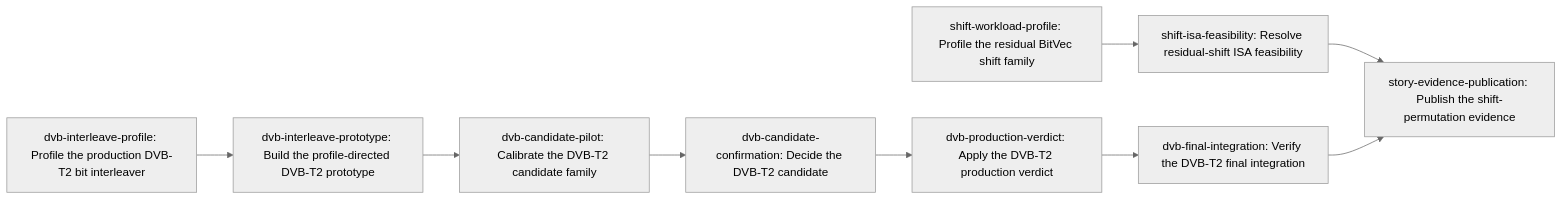
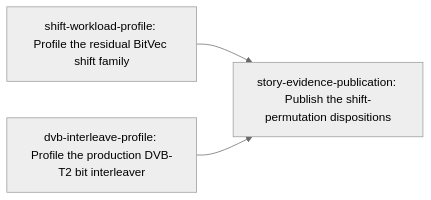
One commit to erankavija/gf2 changed the diagram in dev/active/c04dd4ac-zen3-shifts-and-permutations/plan.md. Above: the diagram before and after it, drawn with Mermaid (neutral theme). The commit also changed other lines of this file and 1 other file, not shown here.

Commit message:
docs(jit:c04dd4ac): resolve breakdown review

````diff
--- a/dev/active/c04dd4ac-zen3-shifts-and-permutations/plan.md
+++ b/dev/active/c04dd4ac-zen3-shifts-and-permutations/plan.md
@@ -110,20 +95,8 @@
 ```mermaid
 flowchart LR
     N0["shift-workload-profile: Profile the residual BitVec shift family"]
-    N1["shift-isa-feasibility: Resolve residual-shift ISA feasibility"]
-    N2["dvb-interleave-profile: Profile the production DVB-T2 bit interleaver"]
-    N3["dvb-interleave-prototype: Build the profile-directed DVB-T2 prototype"]
-    N4["dvb-candidate-pilot: Calibrate the DVB-T2 candidate family"]
-    N5["dvb-candidate-confirmation: Decide the DVB-T2 candidate"]
-    N6["dvb-production-verdict: Apply the DVB-T2 production verdict"]
-    N7["dvb-final-integration: Verify the DVB-T2 final integration"]
-    N8["story-evidence-publication: Publish the shift-permutation evidence"]
-    N0 --> N1
-    N2 --> N3
-    N3 --> N4
-    N4 --> N5
-    N5 --> N6
-    N6 --> N7
-    N1 --> N8
-    N7 --> N8
+    N1["dvb-interleave-profile: Profile the production DVB-T2 bit interleaver"]
+    N2["story-evidence-publication: Publish the shift-permutation dispositions"]
+    N0 --> N2
+    N1 --> N2
 ```
````
